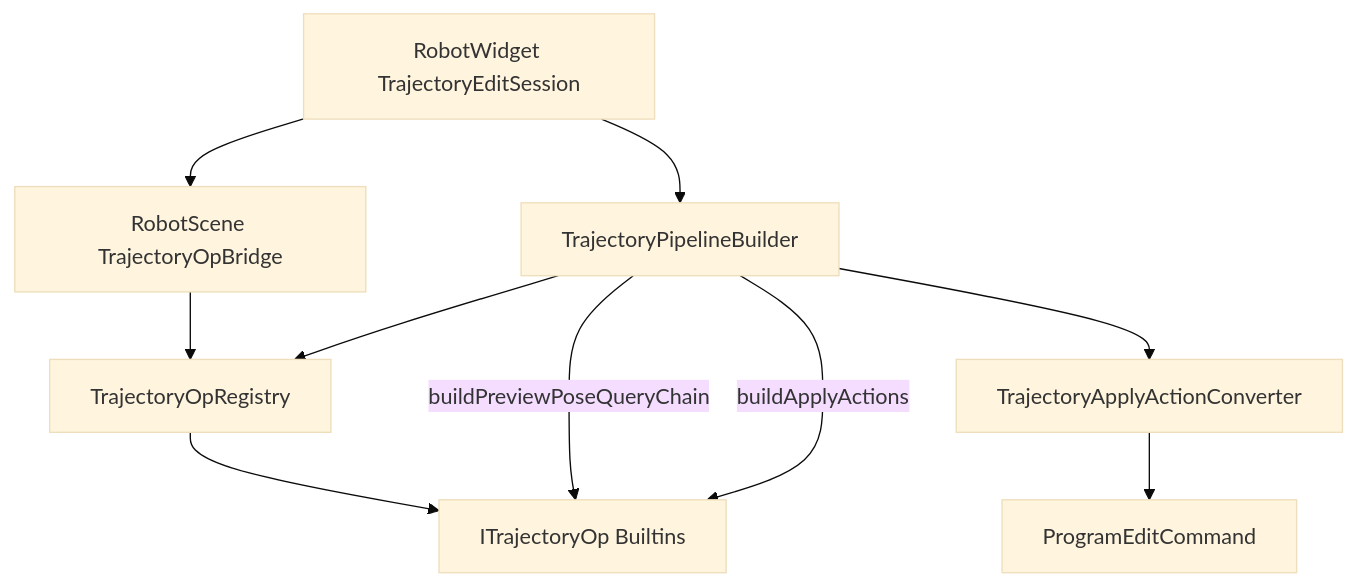
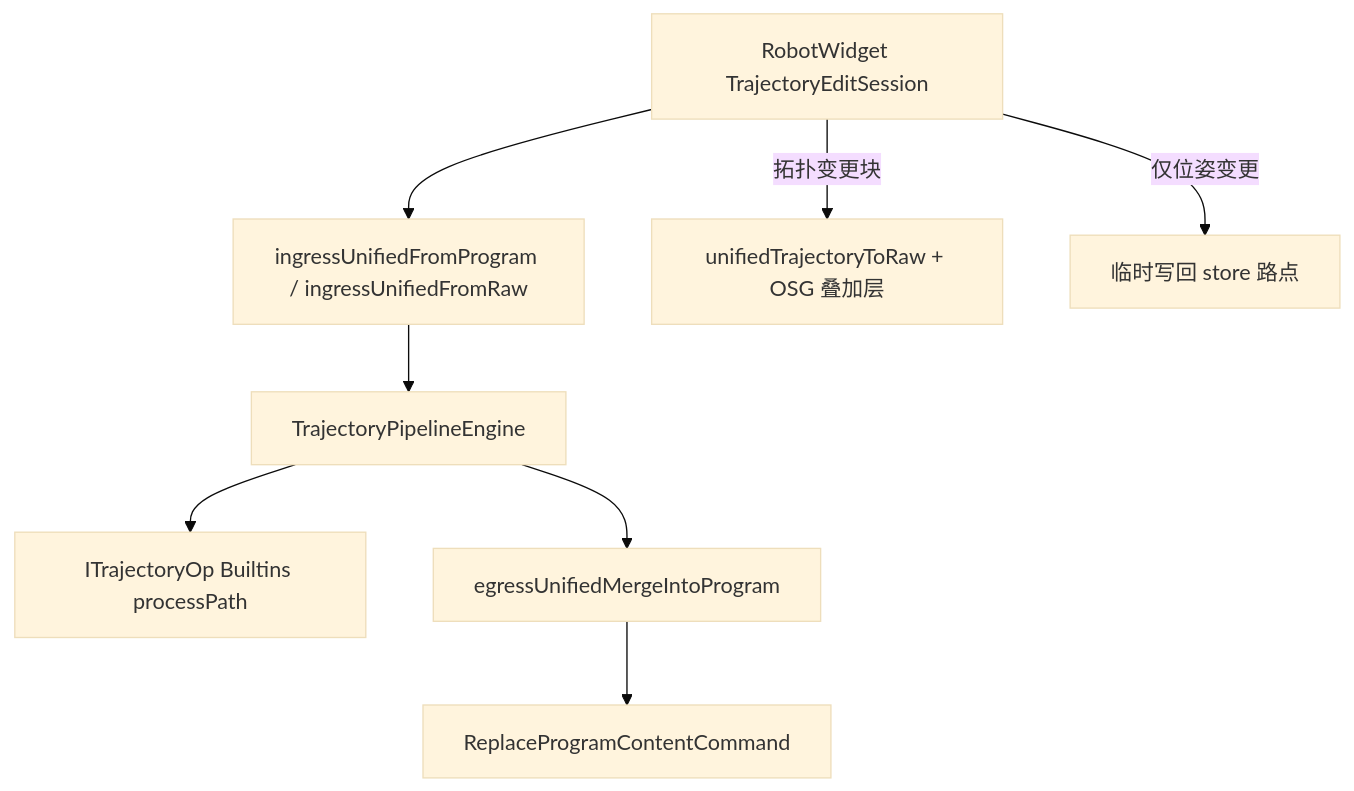
One commit to sanmunejdn/CloudSim changed the diagram in src/Robot/TrajectoryAlgorithm/DEVELOPER_GUIDE.md. Above: the diagram before and after it, drawn with Mermaid (base theme). The commit also changed other lines of this file and 207 other files, not shown here.

First line of the commit message:
feat: 轨迹流水线统一至 Ingress→Engine→Egress，清理遗留路径并落地混合预览

````diff
--- a/src/Robot/TrajectoryAlgorithm/DEVELOPER_GUIDE.md
+++ b/src/Robot/TrajectoryAlgorithm/DEVELOPER_GUIDE.md
@@ -82,17 +82,15 @@
 ```mermaid
 flowchart TB
   UI[RobotWidget TrajectoryEditSession]
-  Bridge[RobotScene TrajectoryOpBridge]
-  Reg[TrajectoryOpRegistry]
-  Ops[ITrajectoryOp Builtins]
-  Builder[TrajectoryPipelineBuilder]
-  Conv[TrajectoryApplyActionConverter]
-  Cmd[ProgramEditCommand]
+  Engine[TrajectoryPipelineEngine]
+  Ingress[ingressUnifiedFromProgram / ingressUnifiedFromRaw]
+  Ops[ITrajectoryOp Builtins processPath]
+  Egress[egressUnifiedMergeIntoProgram]
+  Cmd[ReplaceProgramContentCommand]
 
-  UI --> Bridge --> Reg --> Ops
-  UI --> Builder
-  Builder --> Reg
-  Builder -->|buildPreviewPoseQueryChain| Ops
-  Builder -->|buildApplyActions| Ops
-  Builder --> Conv --> Cmd
+  UI --> Ingress --> Engine
+  Engine --> Ops
+  Engine --> Egress --> Cmd
+  UI -->|拓扑变更块| Overlay[unifiedTrajectoryToRaw + OSG 叠加层]
+  UI -->|仅位姿变更| Writeback[临时写回 store 路点]
 ```
````
